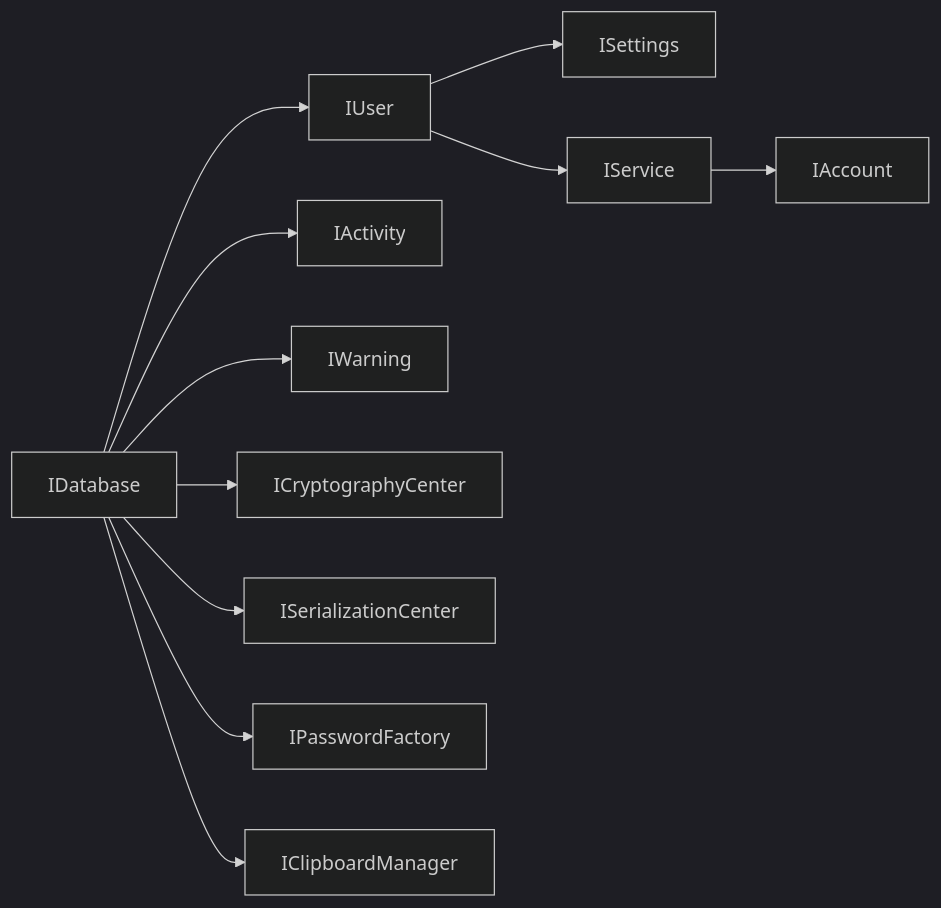
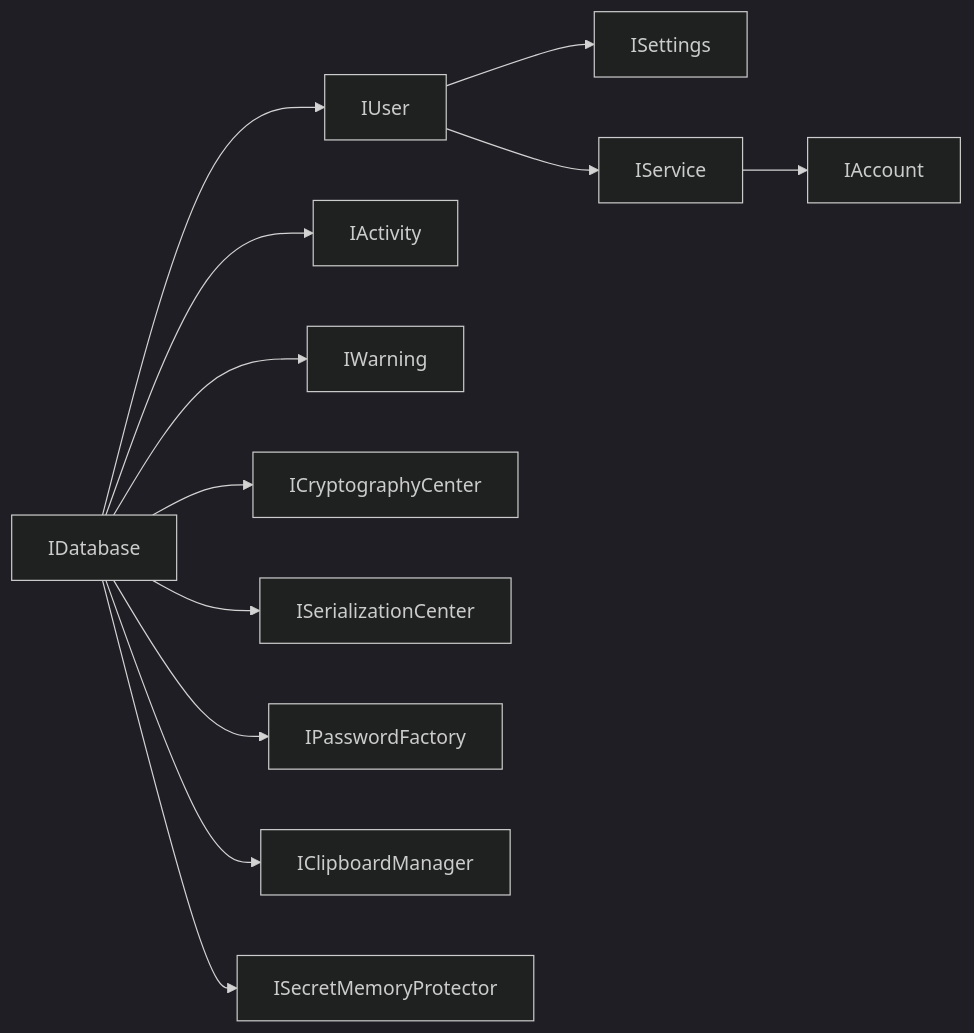
The first of 2 diagrams in Wiki/Architecture.md (YassinLokhat/Upsilon.Apps.Passkey), drawn with Mermaid (dark theme) before and after one commit. The commit also changed other lines of this file and 20 other files, not shown here.

````diff
--- a/Wiki/Architecture.md
+++ b/Wiki/Architecture.md
@@ -24,13 +24,14 @@
 ```mermaid
 flowchart LR
   IDatabase --> IUser
   IUser --> ISettings
   IUser --> IService
   IService --> IAccount
   IDatabase --> IActivity
   IDatabase --> IWarning
   IDatabase --> ICryptographyCenter
   IDatabase --> ISerializationCenter
   IDatabase --> IPasswordFactory
   IDatabase --> IClipboardManager
+  IDatabase --> ISecretMemoryProtector
 ```
````
